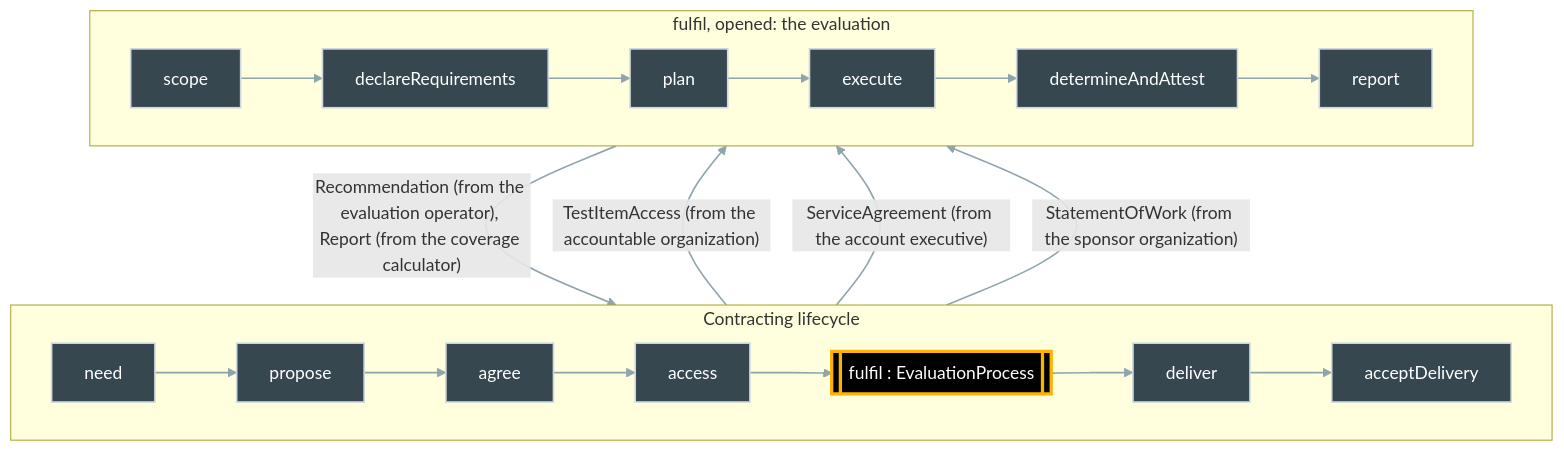
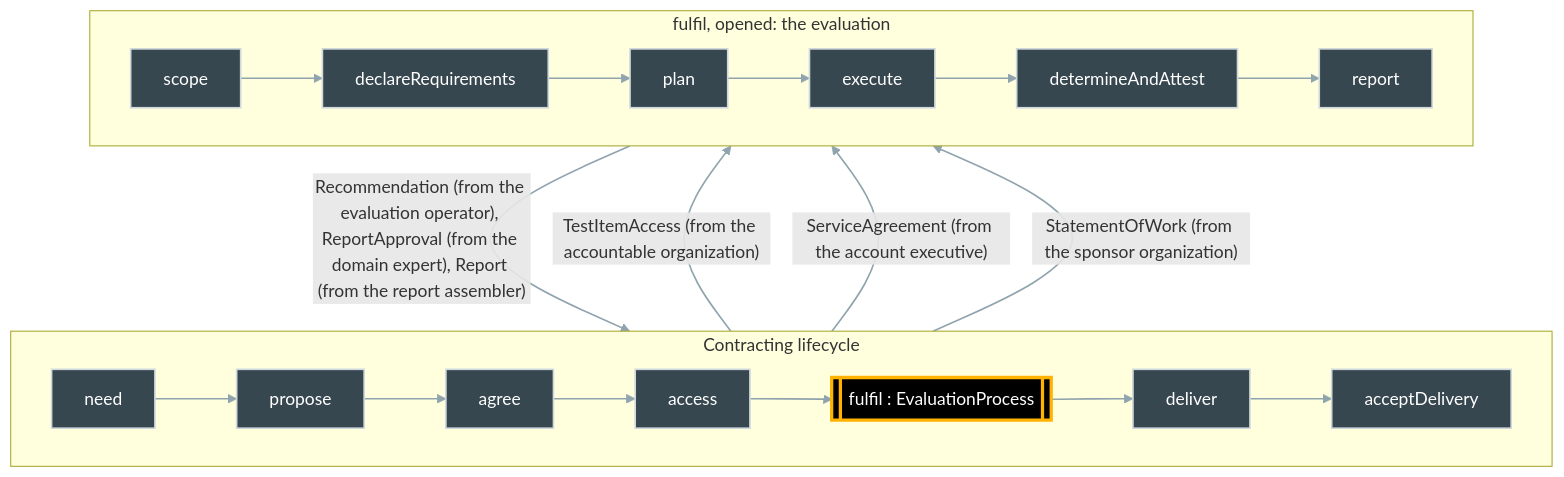
The diagram in generated/nesting.md (DynamicalSystemsGroup/og-caie-spec), drawn with Mermaid before and after one commit. The commit also changed 49 other files, not shown here.

````diff
--- a/generated/nesting.md
+++ b/generated/nesting.md
@@ -1,20 +1,20 @@
 ```{mermaid}
 flowchart TB
   subgraph OUTER["Contracting lifecycle"]
     direction LR
     o_need[need] --> o_propose[propose] --> o_agree[agree] --> o_access[access] --> o_fulfil[["fulfil : EvaluationProcess"]] --> o_deliver[deliver] --> o_acceptDelivery[acceptDelivery]
   end
   subgraph INNER["fulfil, opened: the evaluation"]
     direction LR
     i_scope[scope] --> i_declareRequirements[declareRequirements] --> i_plan[plan] --> i_execute[execute] --> i_determineAndAttest[determineAndAttest] --> i_report[report]
   end
-  i_report -- "Recommendation (from the evaluation operator), Report (from the coverage calculator)" --> o_deliver
+  i_report -- "Recommendation (from the evaluation operator), ReportApproval (from the domain expert), Report (from the report assembler)" --> o_deliver
   o_access -- "TestItemAccess (from the accountable organization)" --> i_execute
   o_agree -- "ServiceAgreement (from the account executive)" --> i_declareRequirements
   o_agree -- "StatementOfWork (from the sponsor organization)" --> i_scope
   classDef step fill:#37474f,stroke:#cfd8dc,stroke-width:1.5px,color:#ffffff;
   classDef black fill:#000000,stroke:#ffb300,stroke-width:3px,color:#ffffff;
   class o_need,o_propose,o_agree,o_access,o_deliver,o_acceptDelivery,i_scope,i_declareRequirements,i_plan,i_execute,i_determineAndAttest,i_report step;
   linkStyle default stroke:#90a4ae,stroke-width:1.5px;
   class o_fulfil black;
 ```
````
